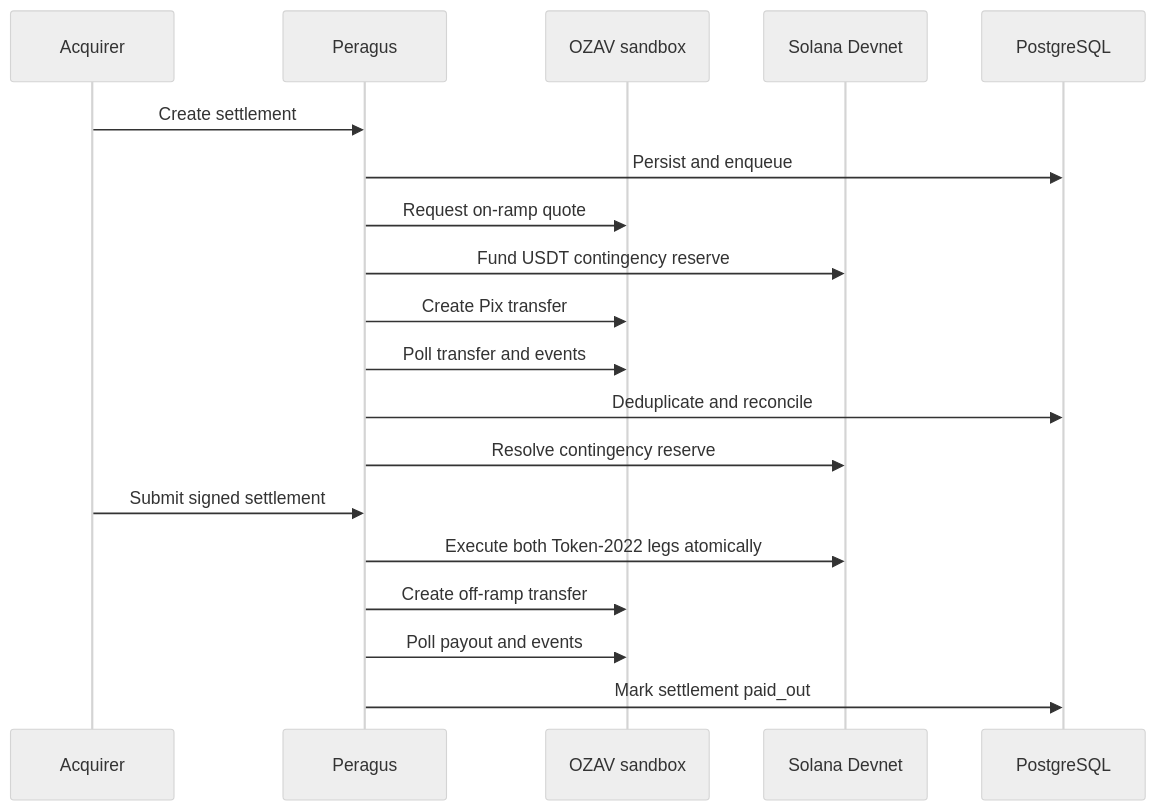
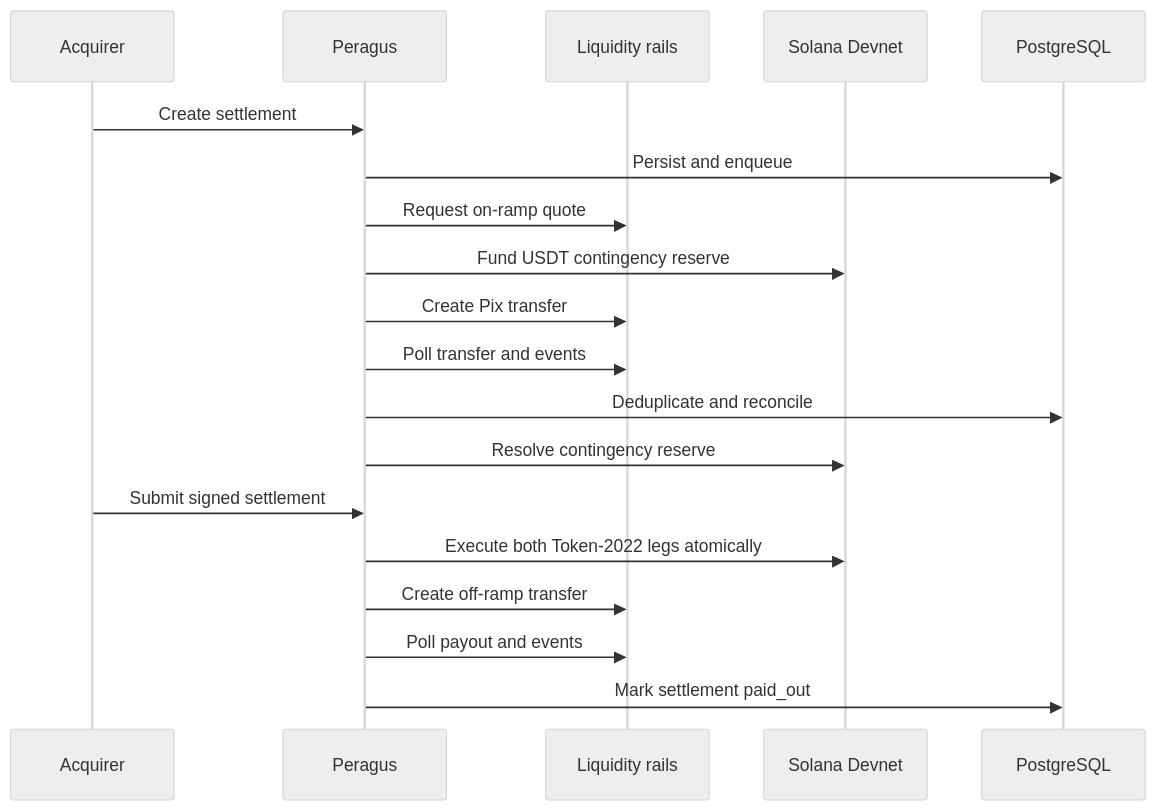
The diagram in README.md (Peragus01/PeragusSVM), drawn with Mermaid (neutral theme) before and after one commit. The commit also changed other lines of this file and 79 other files, not shown here.

````diff
--- a/README.md
+++ b/README.md
@@ -72,22 +79,22 @@
 ```mermaid
 sequenceDiagram
     participant A as Acquirer
     participant P as Peragus
-    participant O as OZAV sandbox
+    participant L as Liquidity rails
     participant S as Solana Devnet
     participant D as PostgreSQL
 
     A->>P: Create settlement
     P->>D: Persist and enqueue
-    P->>O: Request on-ramp quote
+    P->>L: Request on-ramp quote
     P->>S: Fund USDT contingency reserve
-    P->>O: Create Pix transfer
-    P->>O: Poll transfer and events
+    P->>L: Create Pix transfer
+    P->>L: Poll transfer and events
     P->>D: Deduplicate and reconcile
     P->>S: Resolve contingency reserve
     A->>P: Submit signed settlement
     P->>S: Execute both Token-2022 legs atomically
-    P->>O: Create off-ramp transfer
-    P->>O: Poll payout and events
+    P->>L: Create off-ramp transfer
+    P->>L: Poll payout and events
     P->>D: Mark settlement paid_out
 ```
````
